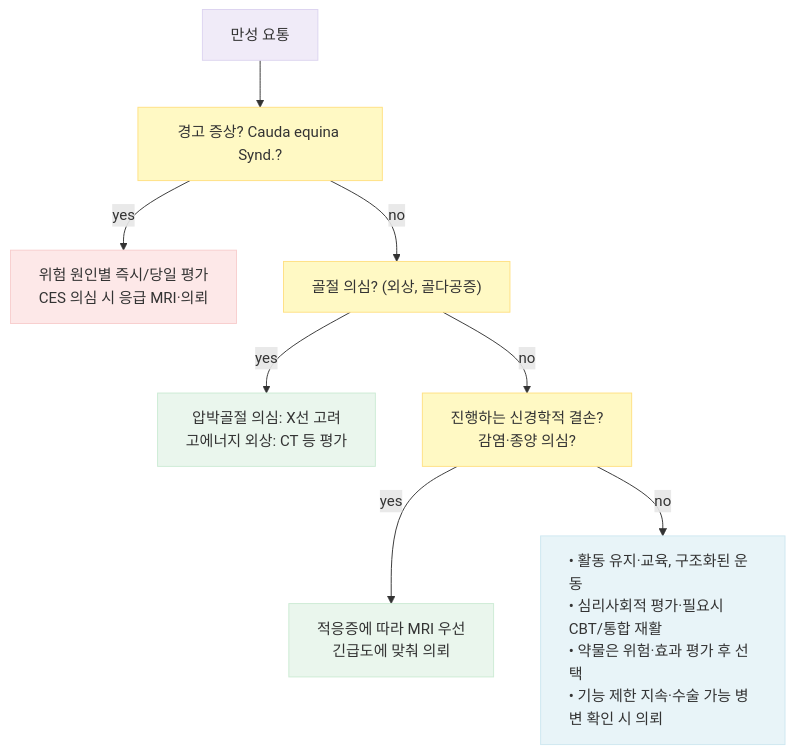
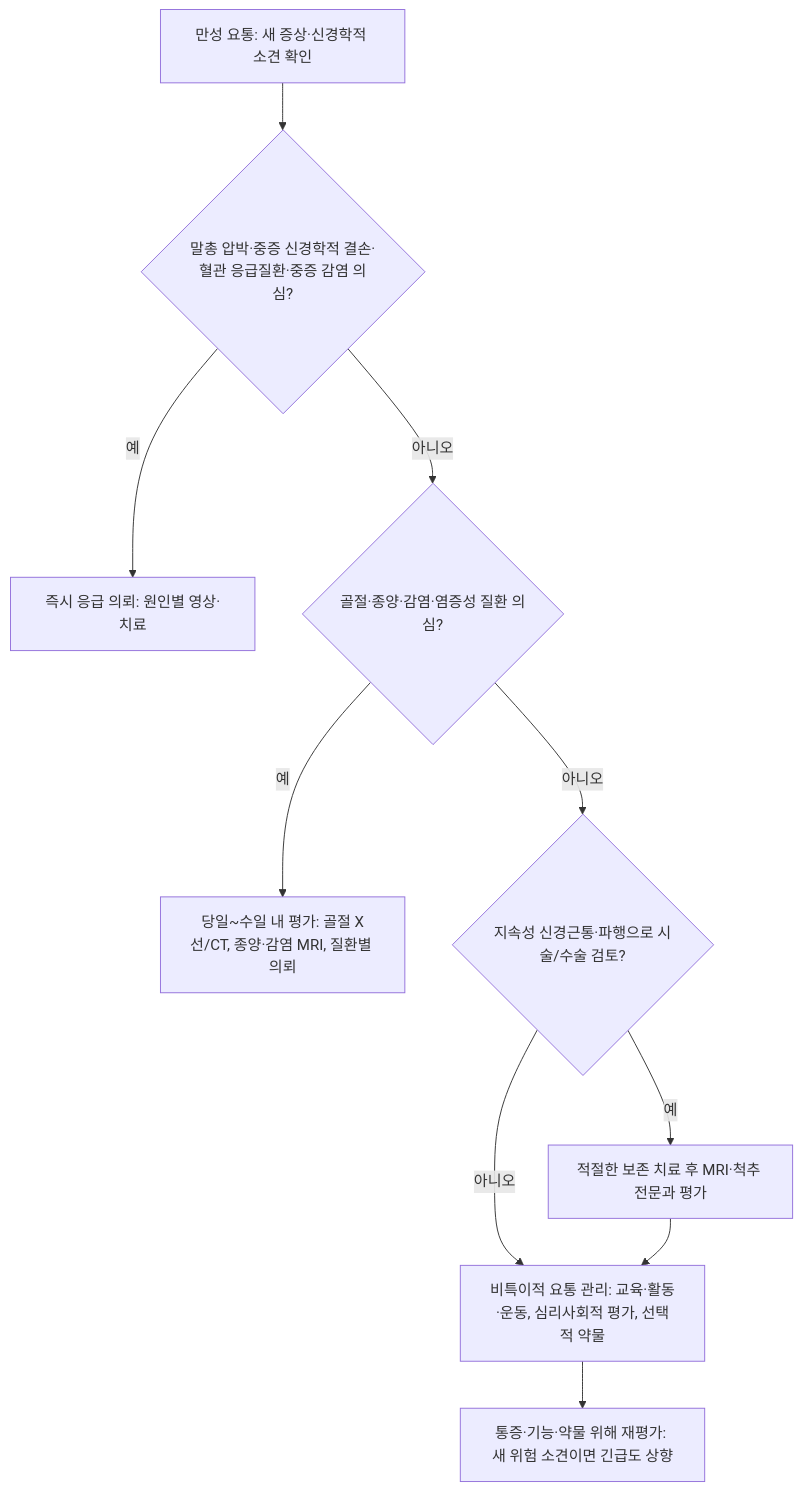
One commit to familyoh77/familyoh77 changed the diagram in 228_/137_-lower-back-pain.md. Above: the diagram before and after it, drawn with Mermaid. The commit also changed other lines of this file and 8 other files, not shown here.

````diff
--- a/228_/137_-lower-back-pain.md
+++ b/228_/137_-lower-back-pain.md
@@ -165,22 +176,12 @@
 ```mermaid
 flowchart TD
-    A["만성 요통"] --> B["경고 증상? Cauda equina Synd.?"]
-    B -->|yes| C["위험 원인별 즉시/당일 평가<br/>CES 의심 시 응급 MRI·의뢰"]
-    B -->|no| D["골절 의심? (외상, 골다공증)"]
-    D -->|yes| E["압박골절 의심: X선 고려<br/>고에너지 외상: CT 등 평가"]
-    D -->|no| F["진행하는 신경학적 결손?<br/>감염·종양 의심?"]
-    F -->|yes| G["적응증에 따라 MRI 우선<br/>긴급도에 맞춰 의뢰"]
-    F -->|no| H["• 활동 유지·교육, 구조화된 운동<br/>• 심리사회적 평가·필요시 CBT/통합 재활<br/>• 약물은 위험·효과 평가 후 선택<br/>• 기능 제한 지속·수술 가능 병변 확인 시 의뢰"]
-
-    classDef purple fill:#f0ebf8,stroke:#dcd3f0,color:#333
-    classDef yellow fill:#fff9c4,stroke:#ffe082,color:#333
-    classDef pink fill:#fde8e8,stroke:#f8cece,color:#333
-    classDef green fill:#eaf6ed,stroke:#ccebd4,color:#333
-    classDef blue fill:#e8f4f8,stroke:#cee7f0,color:#333,text-align:left
-
-    class A purple
-    class B,D,F yellow
-    class C pink
-    class E,G green
-    class H blue
+    A["만성 요통: 새 증상·신경학적 소견 확인"] --> B{"말총 압박·중증 신경학적 결손·혈관 응급질환·중증 감염 의심?"}
+    B -->|예| C["즉시 응급 의뢰: 원인별 영상·치료"]
+    B -->|아니오| D{"골절·종양·감염·염증성 질환 의심?"}
+    D -->|예| E["당일~수일 내 평가: 골절 X선/CT, 종양·감염 MRI, 질환별 의뢰"]
+    D -->|아니오| F{"지속성 신경근통·파행으로 시술/수술 검토?"}
+    F -->|예| G["적절한 보존 치료 후 MRI·척추 전문과 평가"]
+    F -->|아니오| H["비특이적 요통 관리: 교육·활동·운동, 심리사회적 평가, 선택적 약물"]
+    G --> H
+    H --> I["통증·기능·약물 위해 재평가: 새 위험 소견이면 긴급도 상향"]
 ```
````
